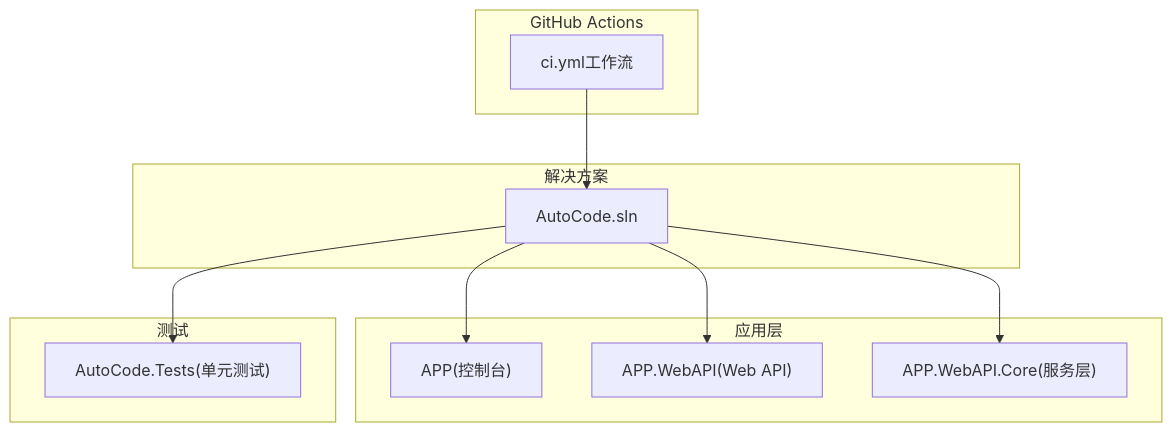
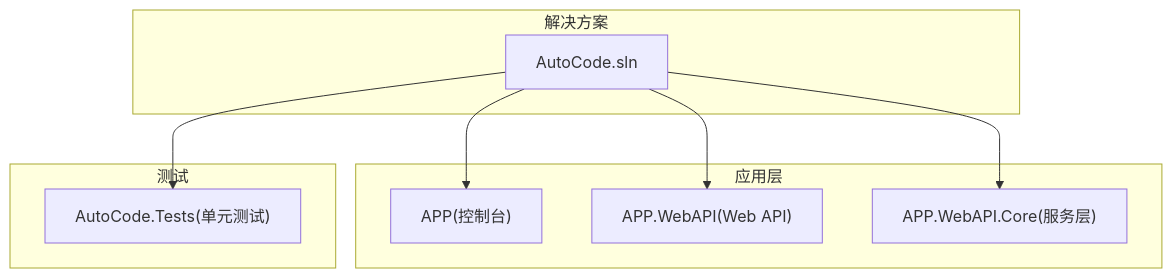
The first of 3 diagrams in .qoder/repowiki/zh/content/部署与发布/CI_CD流水线配置.md (alivy/AutoCode), drawn with Mermaid before and after one commit. The commit also changed other lines of this file and 152 other files, not shown here.

````diff
--- a/.qoder/repowiki/zh/content/部署与发布/CI_CD流水线配置.md
+++ b/.qoder/repowiki/zh/content/部署与发布/CI_CD流水线配置.md
@@ -55,22 +44,18 @@
 ```mermaid
 graph TB
-subgraph "GitHub Actions"
-WORKFLOW["ci.yml工作流"]
-end
 subgraph "解决方案"
 SLN["AutoCode.sln"]
 end
 subgraph "应用层"
 APP["APP(控制台)"]
 WEBAPI["APP.WebAPI(Web API)"]
 CORE["APP.WebAPI.Core(服务层)"]
 end
 subgraph "测试"
 TESTS["AutoCode.Tests(单元测试)"]
 end
-WORKFLOW --> SLN
 SLN --> APP
 SLN --> WEBAPI
 SLN --> CORE
 SLN --> TESTS
 ```
````
